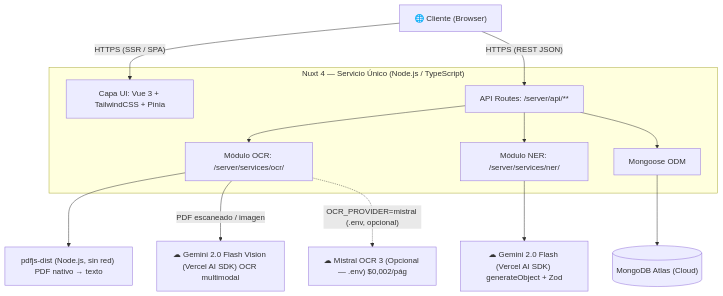
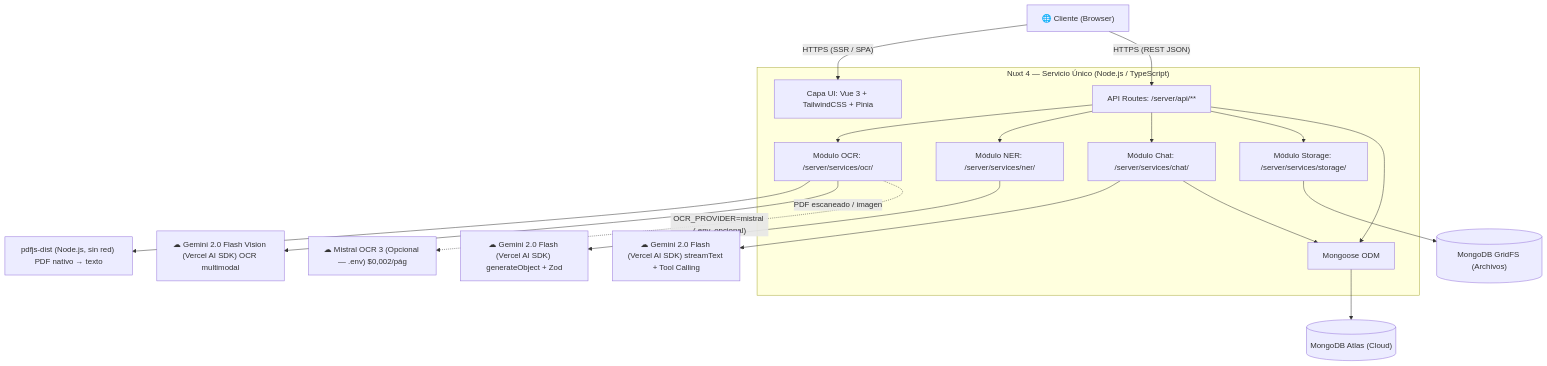
The first of 2 diagrams in docs/analisis-diseno/documentacion/03-arquitectura-tecnica.md (KarloZ7715/SIPAc), drawn with Mermaid before and after one commit. The commit also changed other lines of this file and 28 other files, not shown here.

Commit message:
docs(analisis): alinear arquitectura y diagramas

````diff
--- a/docs/analisis-diseno/documentacion/03-arquitectura-tecnica.md
+++ b/docs/analisis-diseno/documentacion/03-arquitectura-tecnica.md
@@ -20,29 +22,38 @@
 ```mermaid
 graph TD
     Browser["🌐 Cliente (Browser)"]
 
     subgraph Nuxt4["Nuxt 4 — Servicio Único (Node.js / TypeScript)"]
         UI["Capa UI: Vue 3 + TailwindCSS + Pinia"]
         API["API Routes: /server/api/**"]
         OCR["Módulo OCR: /server/services/ocr/"]
         NER["Módulo NER: /server/services/ner/"]
+        Chat["Módulo Chat: /server/services/chat/"]
+        Storage["Módulo Storage: /server/services/storage/"]
         ODM["Mongoose ODM"]
     end
 
     MongoDB[("MongoDB Atlas (Cloud)")]
+    GridFS[("MongoDB GridFS (Archivos)")]
     GeminiVision["☁ Gemini 2.0 Flash Vision (Vercel AI SDK) OCR multimodal"]
     GeminiText["☁ Gemini 2.0 Flash (Vercel AI SDK) generateObject + Zod"]
+    GeminiChat["☁ Gemini 2.0 Flash (Vercel AI SDK) streamText + Tool Calling"]
     MistralOCR["☁ Mistral OCR 3 (Opcional — .env) $0,002/pág"]
     PdfjsDist["pdfjs-dist (Node.js, sin red) PDF nativo → texto"]
 
     Browser -- "HTTPS (SSR / SPA)" --> UI
     Browser -- "HTTPS (REST JSON)" --> API
     API --> OCR
     API --> NER
+    API --> Chat
+    API --> Storage
     API --> ODM
     ODM --> MongoDB
+    Storage --> GridFS
     OCR --> PdfjsDist
     OCR -- "PDF escaneado / imagen" --> GeminiVision
     OCR -. "OCR_PROVIDER=mistral (.env, opcional)" .-> MistralOCR
     NER --> GeminiText
+    Chat --> GeminiChat
+    Chat --> ODM
 ```
````
